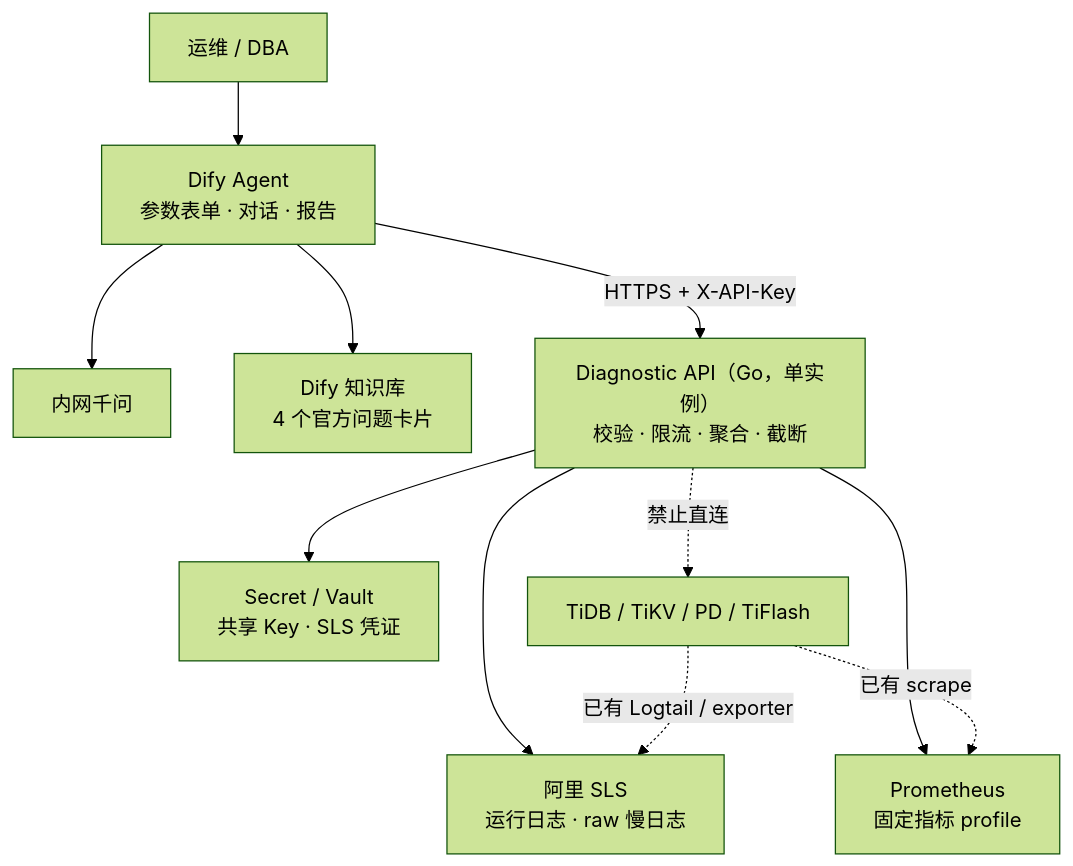
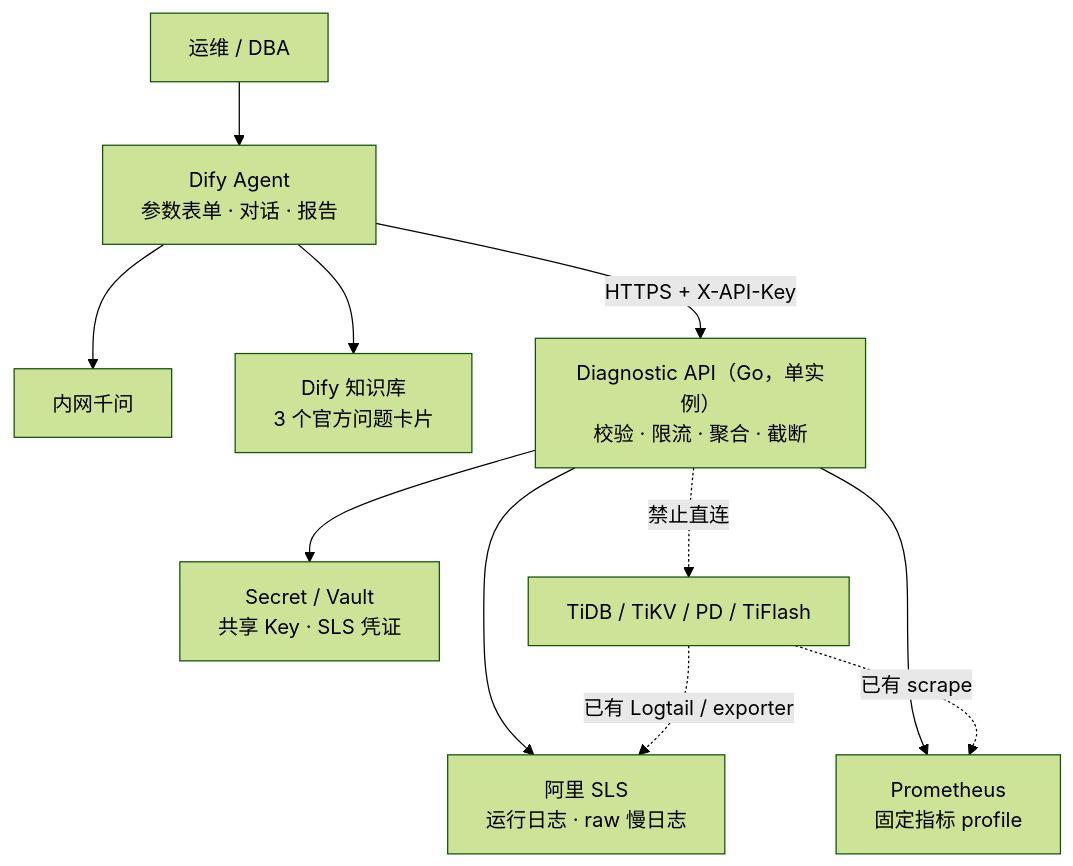
Before and after one commit to yangzhengjie/tidb-diag: the first of 3 diagrams in docs/tidb-diag-agent-technical-design.md, drawn with Mermaid (forest theme). The commit also changed other lines of this file and 1 other file, not shown here.

````diff
--- a/docs/tidb-diag-agent-technical-design.md
+++ b/docs/tidb-diag-agent-technical-design.md
@@ -14,13 +14,13 @@
 ```mermaid
 flowchart TB
     User["运维 / DBA"] --> Dify["Dify Agent\n参数表单 · 对话 · 报告"]
     Dify --> Qwen["内网千问"]
-    Dify --> KB["Dify 知识库\n4 个官方问题卡片"]
+    Dify --> KB["Dify 知识库\n3 个官方问题卡片"]
     Dify -->|"HTTPS + X-API-Key"| API["Diagnostic API（Go，单实例）\n校验 · 限流 · 聚合 · 截断"]
     API --> SLS["阿里 SLS\n运行日志 · raw 慢日志"]
     API --> Prom["Prometheus\n固定指标 profile"]
     API --> Secret["Secret / Vault\n共享 Key · SLS 凭证"]
     Prod["TiDB / TiKV / PD / TiFlash"] -.->|"已有 Logtail / exporter"| SLS
     Prod -.->|"已有 scrape"| Prom
     API -.->|"禁止直连"| Prod
 ```
````
